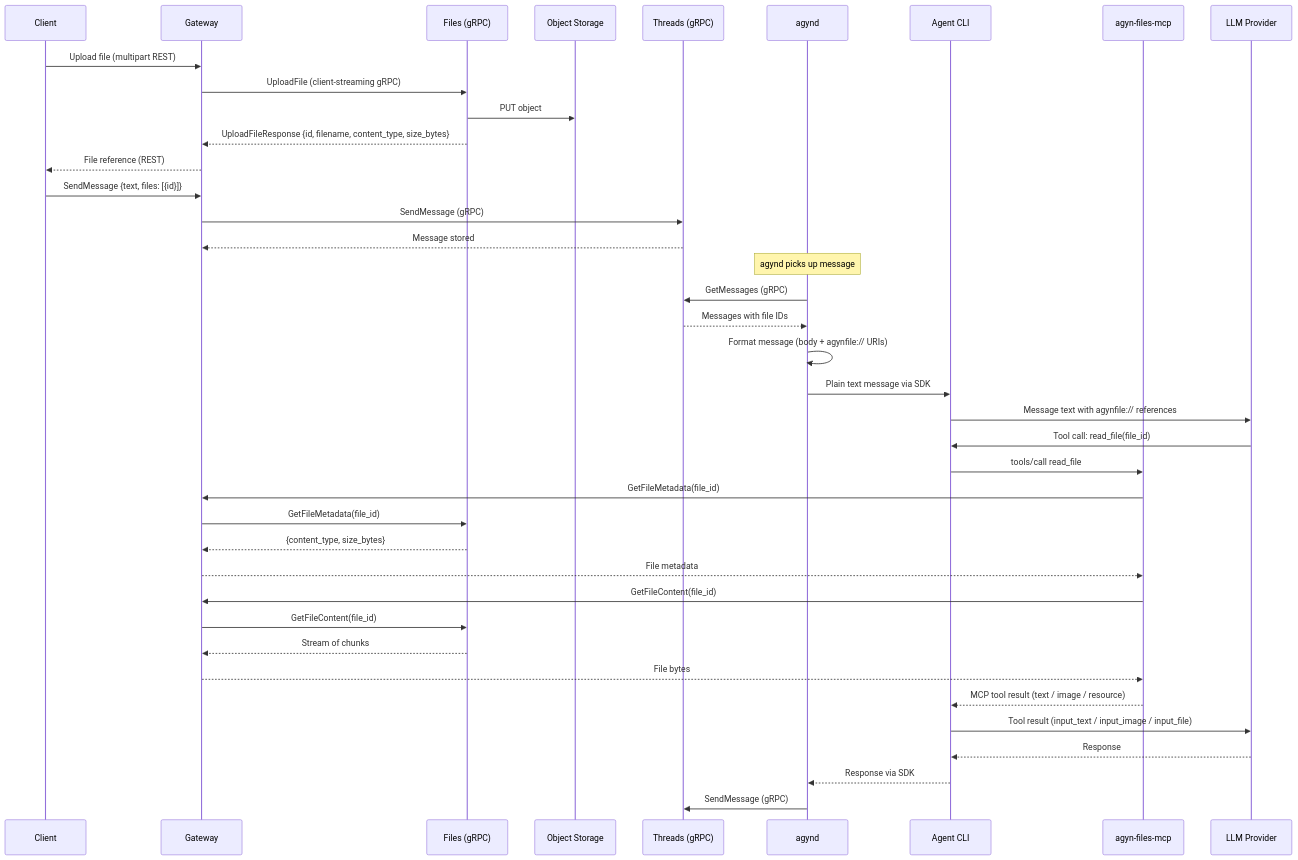
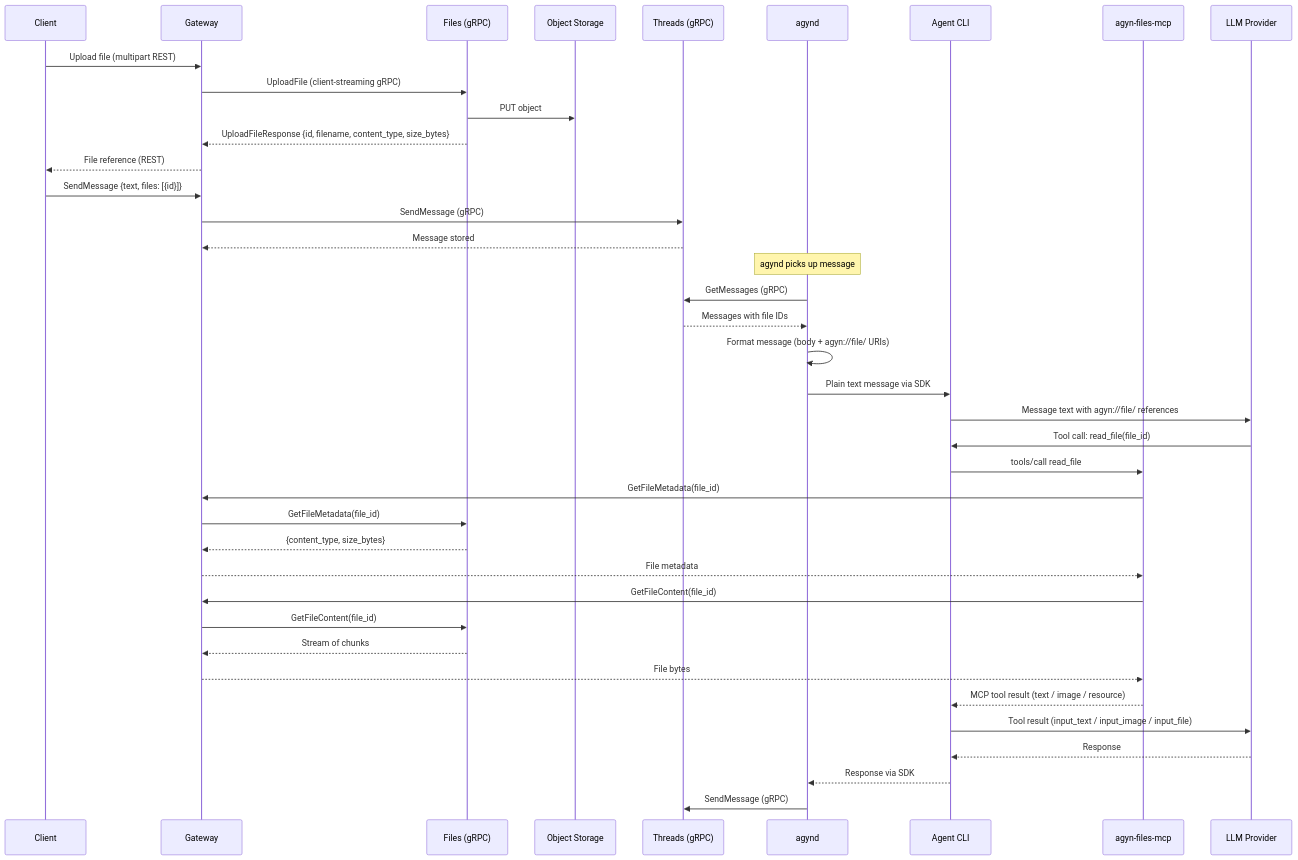
Before and after one commit to agynio/architecture: the diagram in architecture/media.md, drawn with Mermaid. The commit also changed other lines of this file and 3 other files, not shown here.

First line of the commit message:
rename: agynfile://<id> → agyn://file/<id>

````diff
--- a/architecture/media.md
+++ b/architecture/media.md
@@ -9,44 +9,44 @@
 ```mermaid
 sequenceDiagram
     participant C as Client
     participant GW as Gateway
     participant F as Files (gRPC)
     participant OS as Object Storage
     participant Th as Threads (gRPC)
     participant D as agynd
     participant Ag as Agent CLI
     participant MCP as agyn-files-mcp
     participant LLM as LLM Provider
 
     C->>GW: Upload file (multipart REST)
     GW->>F: UploadFile (client-streaming gRPC)
     F->>OS: PUT object
     F-->>GW: UploadFileResponse {id, filename, content_type, size_bytes}
     GW-->>C: File reference (REST)
 
     C->>GW: SendMessage {text, files: [{id}]}
     GW->>Th: SendMessage (gRPC)
     Th-->>GW: Message stored
 
     Note over D: agynd picks up message
     D->>Th: GetMessages (gRPC)
     Th-->>D: Messages with file IDs
-    D->>D: Format message (body + agynfile:// URIs)
+    D->>D: Format message (body + agyn://file/ URIs)
     D->>Ag: Plain text message via SDK
-    Ag->>LLM: Message text with agynfile:// references
+    Ag->>LLM: Message text with agyn://file/ references
     LLM->>Ag: Tool call: read_file(file_id)
     Ag->>MCP: tools/call read_file
     MCP->>GW: GetFileMetadata(file_id)
     GW->>F: GetFileMetadata(file_id)
     F-->>GW: {content_type, size_bytes}
     GW-->>MCP: File metadata
     MCP->>GW: GetFileContent(file_id)
     GW->>F: GetFileContent(file_id)
     F-->>GW: Stream of chunks
     GW-->>MCP: File bytes
     MCP-->>Ag: MCP tool result (text / image / resource)
     Ag->>LLM: Tool result (input_text / input_image / input_file)
     LLM-->>Ag: Response
     Ag-->>D: Response via SDK
     D->>Th: SendMessage (gRPC)
 ```
````
